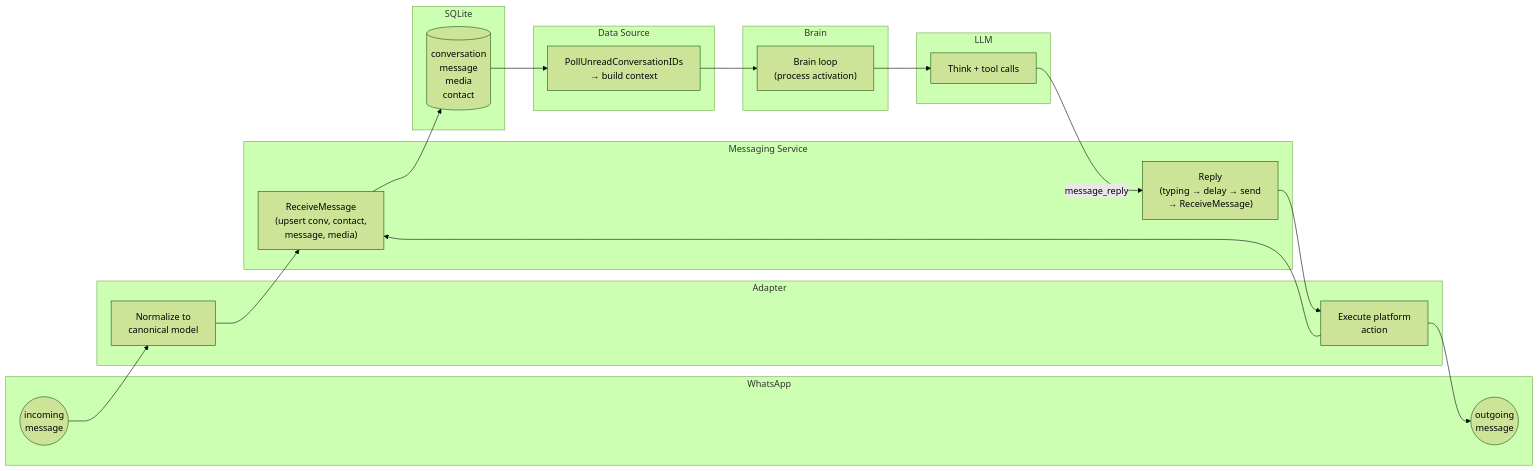
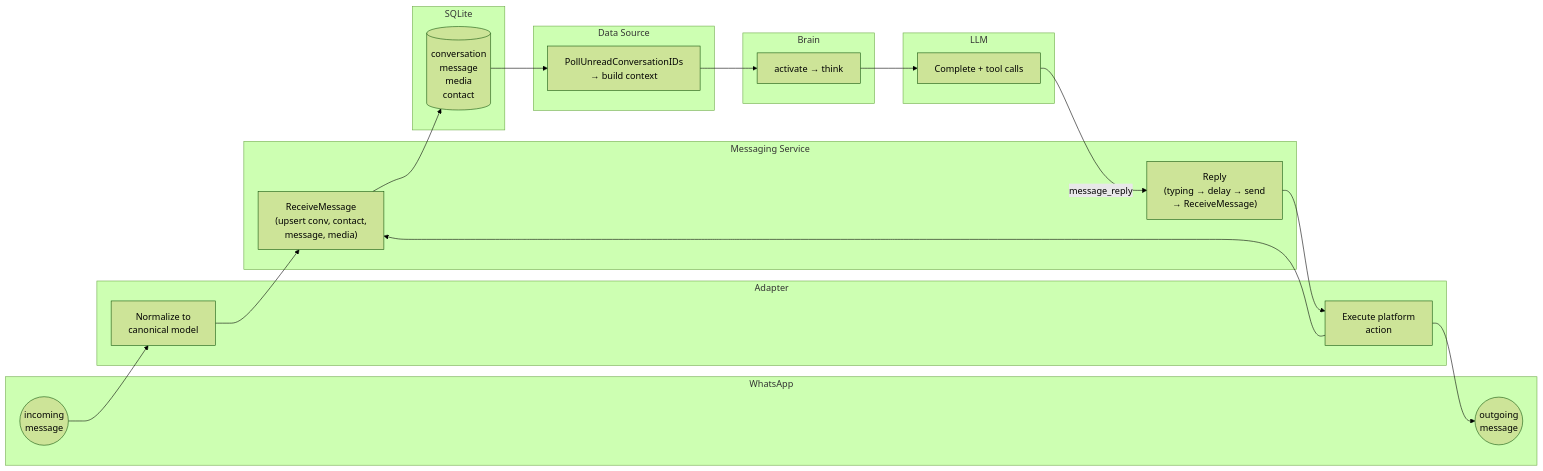
Before and after one commit to kilianc/nik: the second of 2 diagrams in README.md, drawn with Mermaid (forest theme). The commit also changed other lines of this file and 22 other files, not shown here.

````diff
--- a/README.md
+++ b/README.md
@@ -108,38 +108,38 @@
 ```mermaid
 flowchart LR
     subgraph whatsapp [WhatsApp]
         WA_In(("incoming\nmessage"))
         WA_Out(("outgoing\nmessage"))
     end
 
     subgraph adapter [Adapter]
         Normalize["Normalize to\ncanonical model"]
         Execute["Execute platform\naction"]
     end
 
     subgraph service [Messaging Service]
         Receive["ReceiveMessage\n(upsert conv, contact,\nmessage, media)"]
         Reply["Reply\n(typing → delay → send\n→ ReceiveMessage)"]
     end
 
     subgraph db [SQLite]
         Tables[("conversation\nmessage\nmedia\ncontact")]
     end
 
     subgraph datasource [Data Source]
         Poll["PollUnreadConversationIDs\n→ build context"]
     end
 
     subgraph brainBox [Brain]
-        BrainLoop["Brain loop\n(process activation)"]
+        BrainLoop["activate → think"]
     end
 
     subgraph llmBox [LLM]
-        LLM_Think["Think + tool calls"]
+        LLM_Complete["Complete + tool calls"]
     end
 
     WA_In --> Normalize --> Receive --> Tables
-    Tables --> Poll --> BrainLoop --> LLM_Think
-    LLM_Think -- "message_reply" --> Reply --> Execute --> WA_Out
+    Tables --> Poll --> BrainLoop --> LLM_Complete
+    LLM_Complete -- "message_reply" --> Reply --> Execute --> WA_Out
     Execute --> Receive
 ```
````
